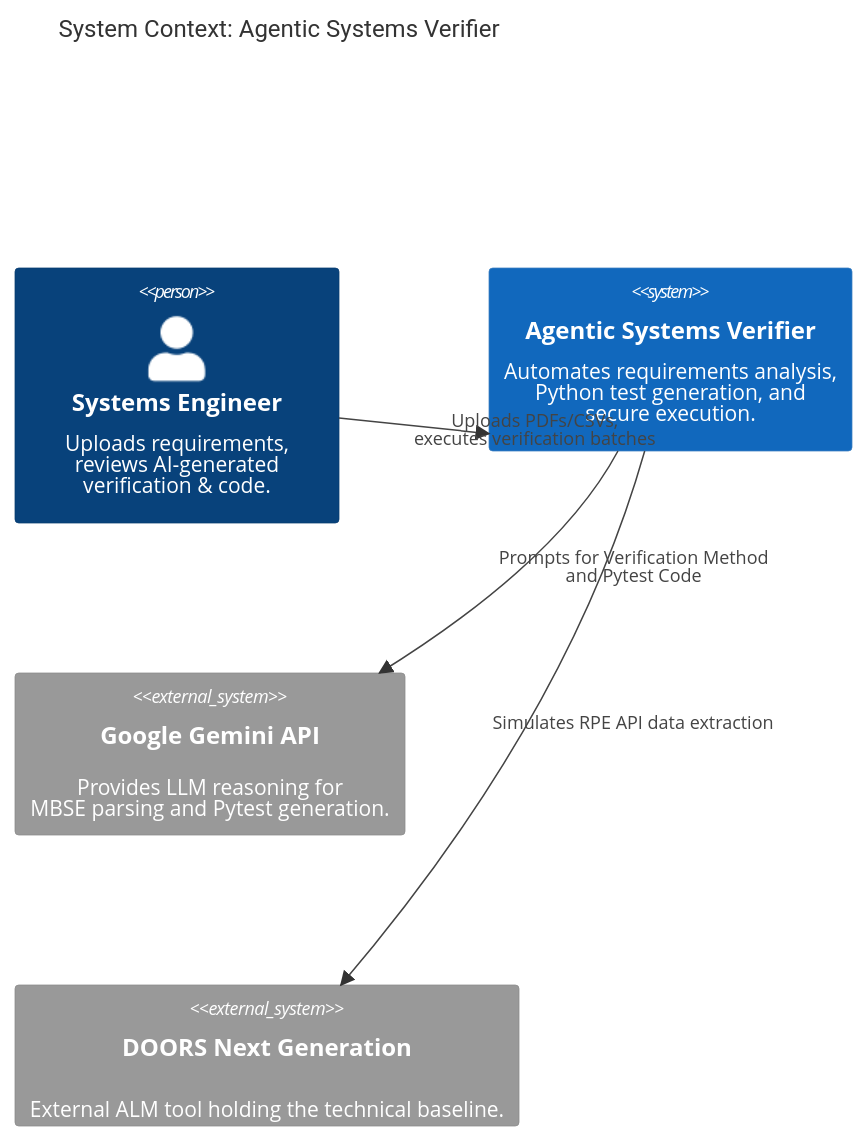
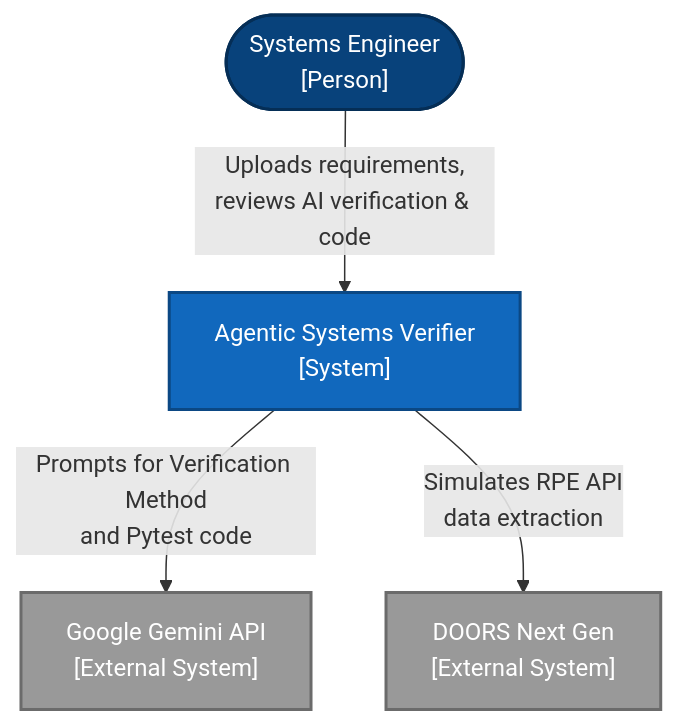
Before and after one commit to camirian/agentic-systems-verifier: the first of 3 diagrams in ARCHITECTURE.md, drawn with Mermaid. The commit also changed other lines of this file and 1 other file, not shown here.

Commit message:
docs: Completely refactor C4 Mermaid diagrams into native Flowchart TD to cure edge label overlap bugs

````diff
--- a/ARCHITECTURE.md
+++ b/ARCHITECTURE.md
@@ -10,15 +10,16 @@
 ```mermaid
-C4Context
-    title System Context: Agentic Systems Verifier
+flowchart TD
+    classDef person fill:#08427b,color:#fff,stroke:#052e56,stroke-width:2px
+    classDef system fill:#1168bd,color:#fff,stroke:#0b4884,stroke-width:2px
+    classDef ext_system fill:#999999,color:#fff,stroke:#6b6b6b,stroke-width:2px
 
-    Person(SysEng, "Systems Engineer", "Uploads requirements,<br>reviews AI-generated<br>verification & code.")
+    SysEng(["Systems Engineer<br>[Person]"]):::person
     
-    System(AgenticVerifier, "Agentic Systems Verifier", "Automates requirements analysis,<br>Python test generation, and<br>secure execution.")
-    
-    System_Ext(GeminiAPI, "Google Gemini API", "Provides LLM reasoning for<br>MBSE parsing and Pytest generation.")
-    System_Ext(DOORS, "DOORS Next Generation", "External ALM tool holding the technical baseline.")
+    AgenticVerifier["Agentic Systems Verifier<br>[System]"]:::system
+    GeminiAPI["Google Gemini API<br>[External System]"]:::ext_system
+    DOORS["DOORS Next Gen<br>[External System]"]:::ext_system
 
-    Rel_D(SysEng, AgenticVerifier, "Uploads PDFs/CSVs,<br>executes verification batches")
-    Rel_R(AgenticVerifier, GeminiAPI, "Prompts for Verification Method<br>and Pytest Code")
-    Rel_D(AgenticVerifier, DOORS, "Simulates RPE API data extraction")
+    SysEng -->|"Uploads requirements,<br>reviews AI verification & code"| AgenticVerifier
+    AgenticVerifier -->|"Prompts for Verification Method<br>and Pytest code"| GeminiAPI
+    AgenticVerifier -->|"Simulates RPE API<br>data extraction"| DOORS
 ```
````
